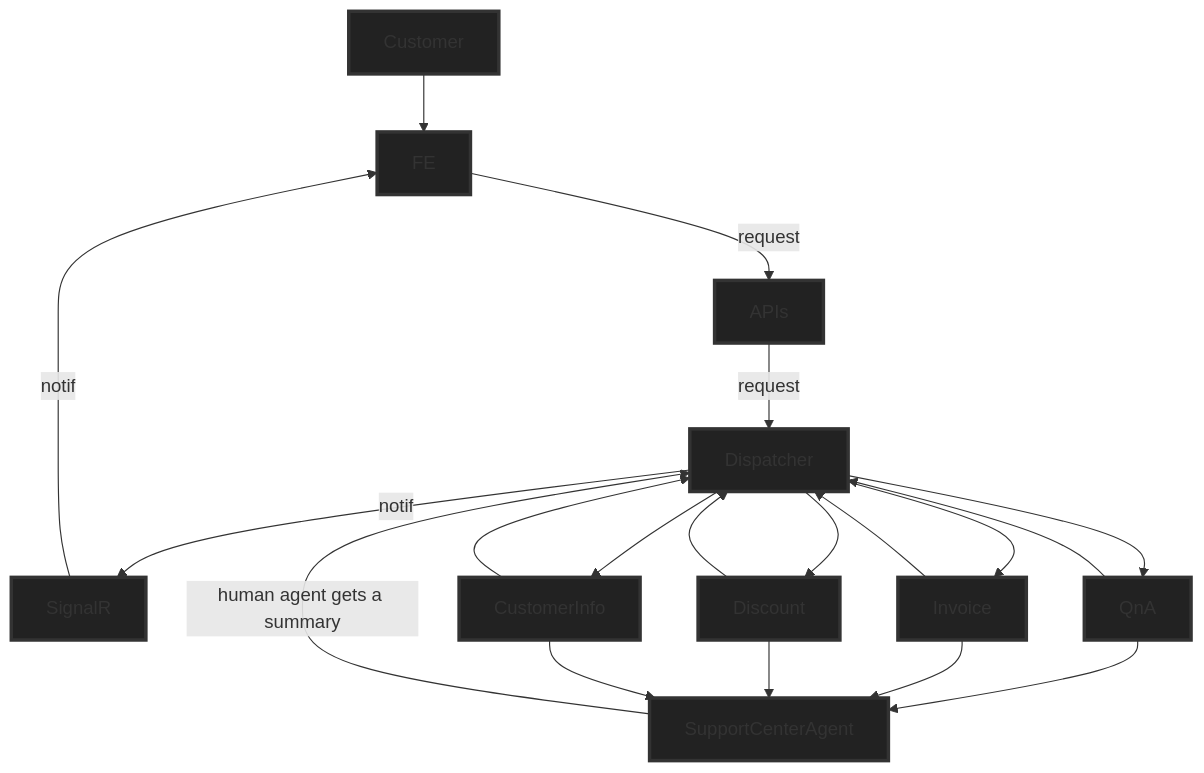
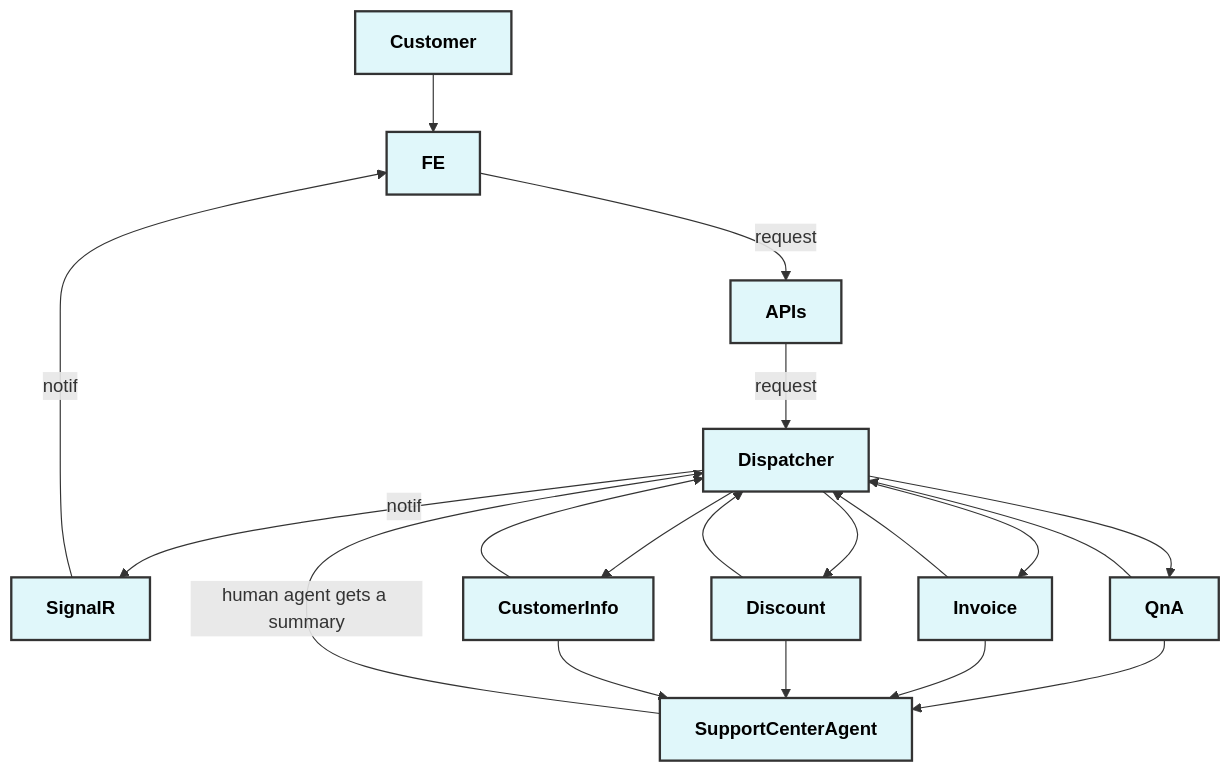
Before and after one commit to microsoft/project-oagents: the diagram in samples/support-center/README.md, drawn with Mermaid. The commit also changed other lines of this file, not shown here.

````diff
--- a/samples/support-center/README.md
+++ b/samples/support-center/README.md
@@ -73,27 +91,31 @@
 ```mermaid
 graph TD
+    classDef default fill:#f9f9f9,stroke:#333,stroke-width:2px,color:#333,font-weight:bold;  
+    classDef highlight fill:#e0f7fa,stroke:#333,stroke-width:2px,color:#000,font-weight:bold; 
+    
     User[Customer] --> FE
     FE -->|request| APIs
     APIs -->|request| Dispatcher
     Dispatcher -->|notif| SignalR
 
     Dispatcher --> QnA
     QnA --> Dispatcher
 
     Dispatcher --> Invoice
     Invoice --> Dispatcher
 
     Dispatcher --> Discount
     Discount --> Dispatcher
 
     Dispatcher --> CustomerInfo
     CustomerInfo --> Dispatcher
 
     QnA --> SupportCenterAgent
     Invoice --> SupportCenterAgent
     Discount --> SupportCenterAgent
     CustomerInfo --> SupportCenterAgent
     SupportCenterAgent -->|human agent gets a summary| Dispatcher  
     SignalR -->|notif| FE
-    classDef default fill:#222,stroke:#333,stroke-width:3px; 
+
+    class User,FE,APIs,Dispatcher,SignalR,QnA,Invoice,Discount,CustomerInfo,SupportCenterAgent highlight;
 ```
````
